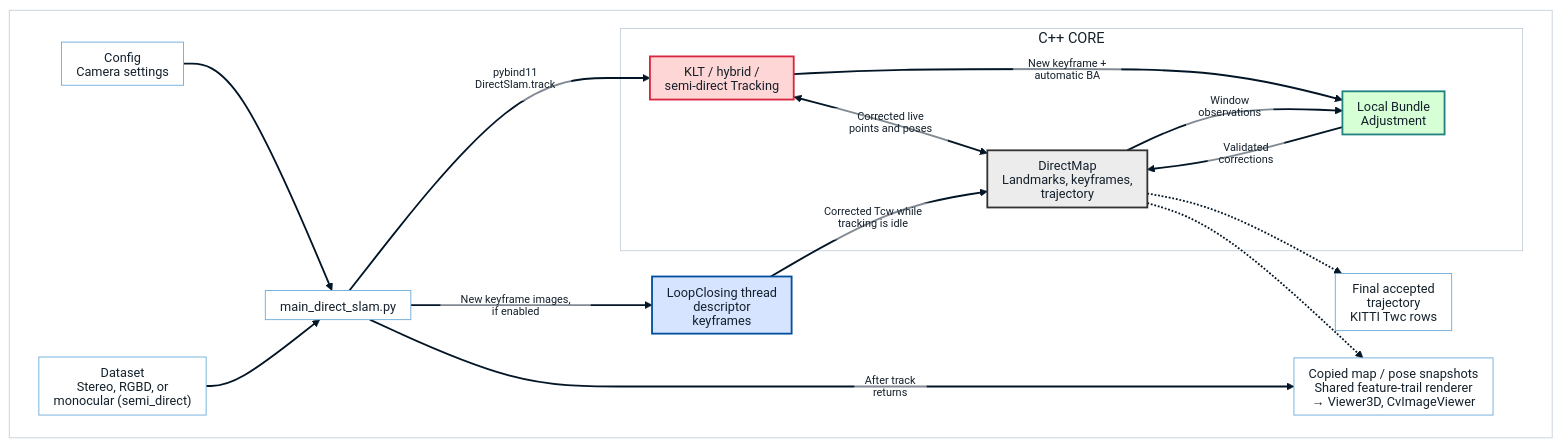
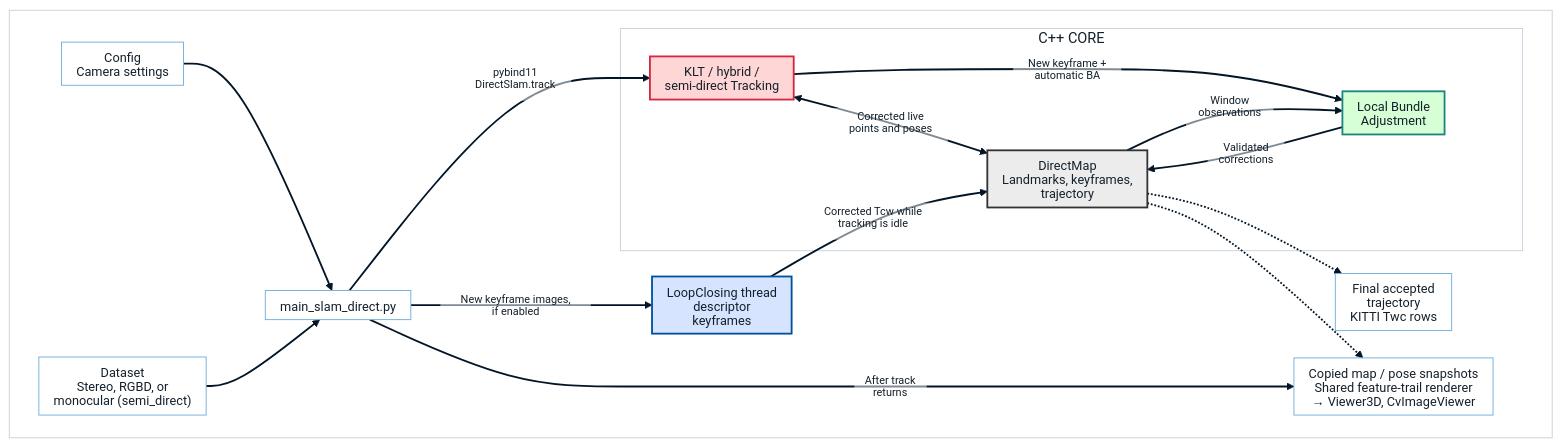
Before and after one commit to luigifreda/pyslam: the first of 3 diagrams in docs/direct_slam.md, drawn with Mermaid. The commit also changed other lines of this file and 48 other files, not shown here.

First line of the commit message:
Harden direct SLAM: review fixes, relocalization, undistortion

````diff
--- a/docs/direct_slam.md
+++ b/docs/direct_slam.md
@@ -75,36 +75,36 @@
 ```mermaid
 %%{init: {"theme": "base", "themeVariables": {"darkMode": false, "textColor": "#14202b", "nodeTextColor": "#14202b", "titleColor": "#14202b", "lineColor": "#021526", "primaryTextColor": "#14202b", "clusterBkg": "#ffffff", "clusterBorder": "#c5d0dc", "edgeLabelBackground": "#ffffff", "mainBkg": "#ffffff"}, "htmlLabels": false, "flowchart": {"htmlLabels": false, "nodeSpacing": 30, "rankSpacing": 40, "padding": 8}}}%%
 graph LR
     linkStyle default stroke:#021526,stroke-width:2px,font-size:12px;
     classDef moduleTracking fill:#FFD6D6,stroke:#D7263D,stroke-width:2px,color:#14202b,font-size:14px;
     classDef moduleLocalMapping fill:#D6FFD6,stroke:#218380,stroke-width:2px,color:#14202b,font-size:14px;
     classDef moduleLoopClosing fill:#D6E4FF,stroke:#00509D,stroke-width:2px,color:#14202b,font-size:14px;
     classDef moduleMap fill:#ECECEC,stroke:#333333,stroke-width:2px,color:#14202b,font-size:14px;
     classDef component fill:#ffffff,stroke:#6EACDA,stroke-width:1px,color:#14202b,font-size:14px;
 
     subgraph plate [" "]
     direction LR
-    Config["Config<br>Camera settings"] --> Runner["main_direct_slam.py"]
+    Config["Config<br>Camera settings"] --> Runner["main_slam_direct.py"]
     Dataset["Dataset<br>Stereo, RGBD, or<br>monocular (semi_direct)"] --> Runner
     subgraph Native["C++ CORE"]
         Tracking["KLT / hybrid /<br>semi-direct Tracking"]
         Tracking <-->|"Corrected live<br>points and poses"| Map["DirectMap<br>Landmarks, keyframes,<br>trajectory"]
         Tracking -->|"New keyframe +<br>automatic BA"| BA["Local Bundle<br>Adjustment"]
         Map -->|"Window<br>observations"| BA
         BA -->|"Validated<br>corrections"| Map
     end
     Runner -->|"pybind11<br>DirectSlam.track"| Tracking
     Runner -->|"New keyframe images,<br>if enabled"| Loop["LoopClosing thread<br>descriptor<br>keyframes"]
     Loop -->|"Corrected Tcw while<br>tracking is idle"| Map
     Map -.-> Export["Final accepted<br>trajectory<br>KITTI Twc rows"]
     Runner -->|"After track<br>returns"| Snapshot["Copied map / pose snapshots<br>Shared feature-trail renderer<br>→ Viewer3D, CvImageViewer"]
     Map -.-> Snapshot
     end
     style plate fill:#ffffff,stroke:#c5d0dc,color:#14202b
 
     class Tracking moduleTracking;
     class BA moduleLocalMapping;
     class Loop moduleLoopClosing;
     class Map moduleMap;
     class Config,Dataset,Runner,Snapshot,Export component;
 ```
````
